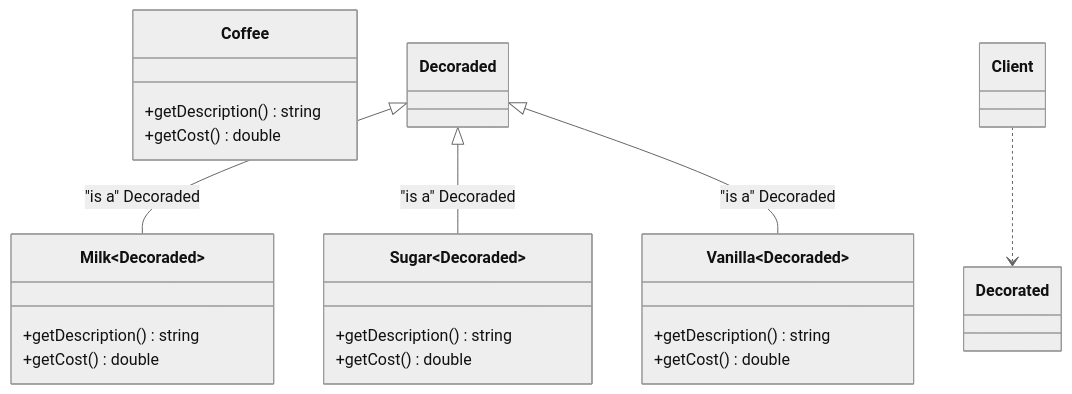
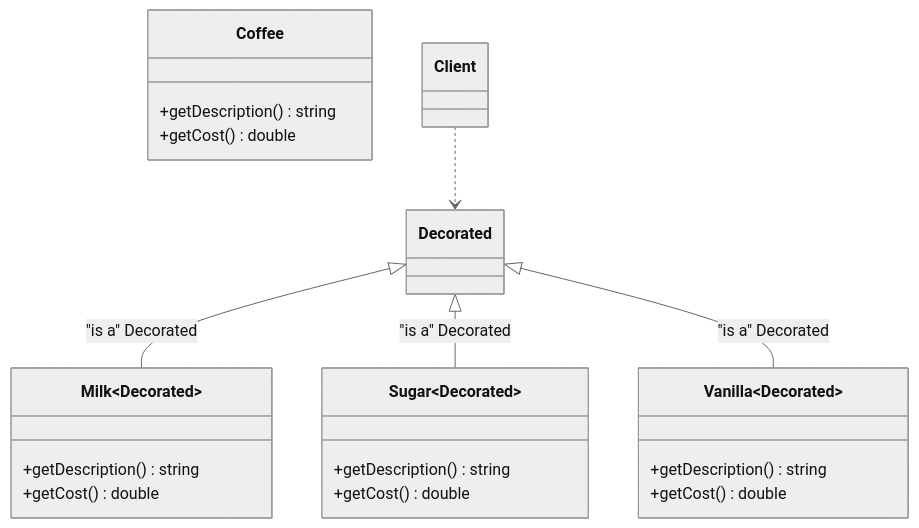
One commit to Cichlidfishexigency721/Modern-CPP-Design-Patterns changed the diagram in 11_Decorator/03_Static_Mixin/diagram.md. Above: the diagram before and after it, drawn with Mermaid (neutral theme).

Commit message:
UML improvement

````diff
--- a/11_Decorator/03_Static_Mixin/diagram.md
+++ b/11_Decorator/03_Static_Mixin/diagram.md
@@ -3,32 +3,32 @@
 ```mermaid
 classDiagram
    class Coffee {
       +getDescription() string
       +getCost() double
    }
 
-   class Milk~Decoraded~ {
+   class Milk~Decorated~ {
       +getDescription() string
       +getCost() double
    }
 
-   class Sugar~Decoraded~ {
+   class Sugar~Decorated~ {
       +getDescription() string
       +getCost() double
    }
 
-   class Vanilla~Decoraded~ {
+   class Vanilla~Decorated~ {
       +getDescription() string
       +getCost() double
    }
 
-   %% In Static Decorator, the decorator inherits from the template parameter Decoraded.
+   %% In Static Decorator, the decorator inherits from the template parameter Decorated.
    %% There is NO composition (*--) and NO multiplicity numbers.
    
-   Decoraded <|-- Milk~Decoraded~ : "is a" Decoraded
-   Decoraded <|-- Sugar~Decoraded~ : "is a" Decoraded
-   Decoraded <|-- Vanilla~Decoraded~ : "is a" Decoraded
+   Decorated <|-- Milk~Decorated~ : "is a" Decorated
+   Decorated <|-- Sugar~Decorated~ : "is a" Decorated
+   Decorated <|-- Vanilla~Decorated~ : "is a" Decorated
 
 %% Client instantiates concrete types
    Client ..> Decorated
 ```
````
